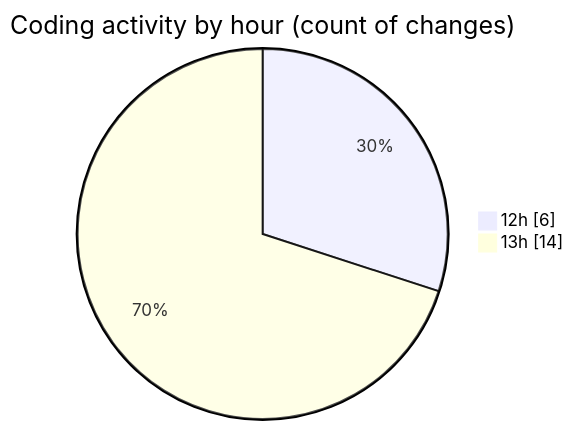
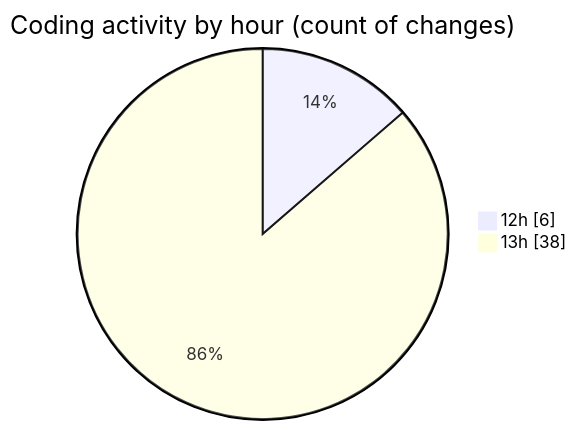
Before and after one commit to Ritupan-Deka/code-tracking: the second of 2 diagrams in 2025-10-19/typescript/README.md, drawn with Mermaid. The commit also changed other lines of this file and 1 other file, not shown here.

````diff
--- a/2025-10-19/typescript/README.md
+++ b/2025-10-19/typescript/README.md
@@ -29,6 +29,6 @@
 ```mermaid
 pie showData
 title Coding activity by hour (count of changes)
 "12h" : 6
-"13h" : 14
+"13h" : 38
 ```
````
